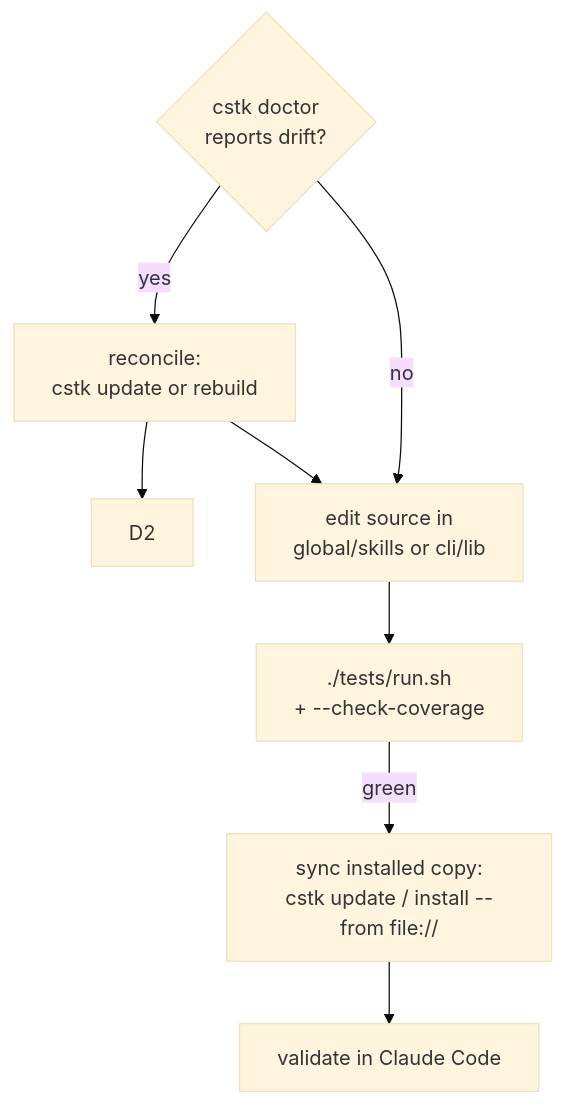
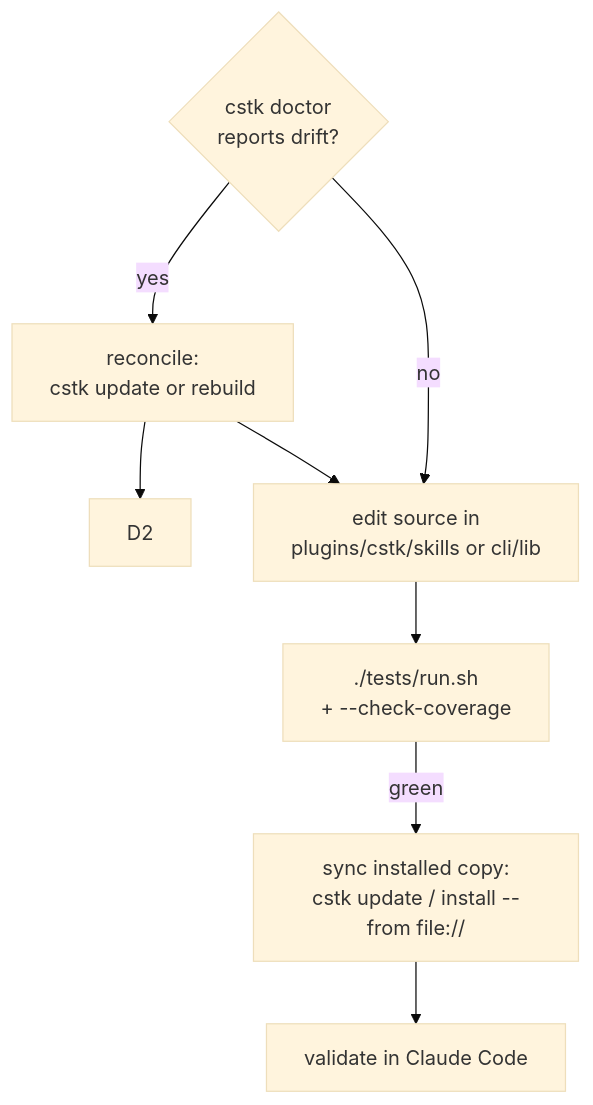
Before and after one commit to JotJunior/cstk: the third of 3 diagrams in CONTRIBUTING.md, drawn with Mermaid (base theme). The commit also changed other lines of this file and 356 other files, not shown here.

````diff
--- a/CONTRIBUTING.md
+++ b/CONTRIBUTING.md
@@ -85,9 +85,9 @@
 ```mermaid
 flowchart TD
     D1{cstk doctor<br/>reports drift?} -->|yes| R[reconcile:<br/>cstk update or rebuild] --> D2
-    D1 -->|no| E[edit source in<br/>global/skills or cli/lib]
+    D1 -->|no| E[edit source in<br/>plugins/cstk/skills or cli/lib]
     R --> E
     E --> T[./tests/run.sh<br/>+ --check-coverage]
     T -->|green| SYNC[sync installed copy:<br/>cstk update / install --from file://]
     SYNC --> V[validate in Claude Code]
 ```
````
